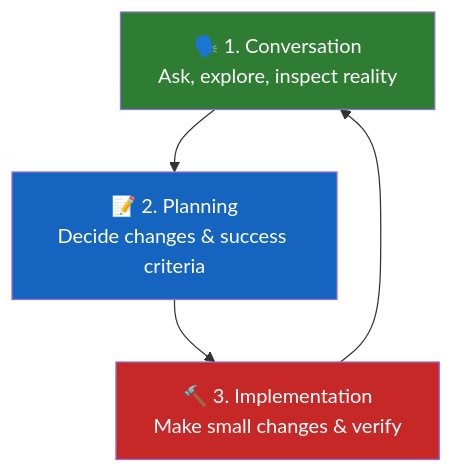
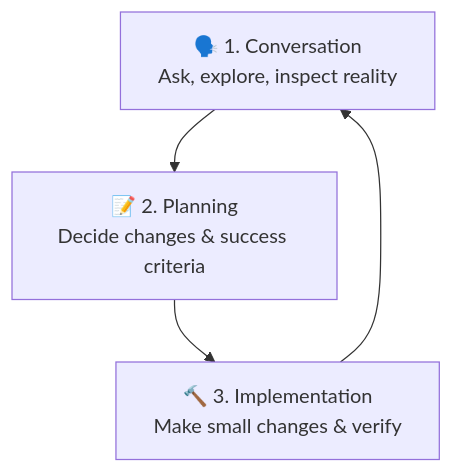
One commit to VanGoghBuilder/opencode-harness-guide changed the diagram in 01-getting-started/README.md. Above: the diagram before and after it, drawn with Mermaid. The commit also changed other lines of this file and 19 other files, not shown here.

````diff
--- a/01-getting-started/README.md
+++ b/01-getting-started/README.md
@@ -33,10 +56,6 @@
 ```mermaid
 graph TD
     A["🗣️ 1. Conversation<br/>Ask, explore, inspect reality"] --> B["📝 2. Planning<br/>Decide changes & success criteria"]
     B --> C["🔨 3. Implementation<br/>Make small changes & verify"]
     C --> A
-    
-    style A fill:#2E7D32,color:#fff
-    style B fill:#1565C0,color:#fff
-    style C fill:#C62828,color:#fff
 ```
````
